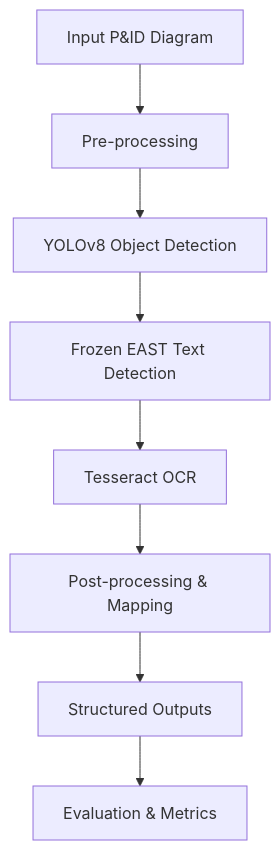
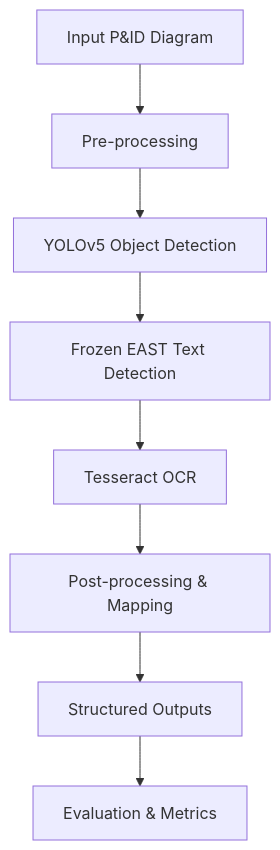
The diagram in README.md (S-Houston/digitised-pid-mlops), drawn with Mermaid before and after one commit. The commit also changed other lines of this file, not shown here.

````diff
--- a/README.md
+++ b/README.md
@@ -49,10 +75,10 @@
 ```mermaid
 flowchart TD
     A[Input P&ID Diagram] --> B[Pre-processing]
-    B --> C[YOLOv8 Object Detection]
+    B --> C[YOLOv5 Object Detection]
     C --> D[Frozen EAST Text Detection]
     D --> E[Tesseract OCR]
     E --> F[Post-processing & Mapping]
     F --> G[Structured Outputs]
     G --> H[Evaluation & Metrics]
 ```
````
